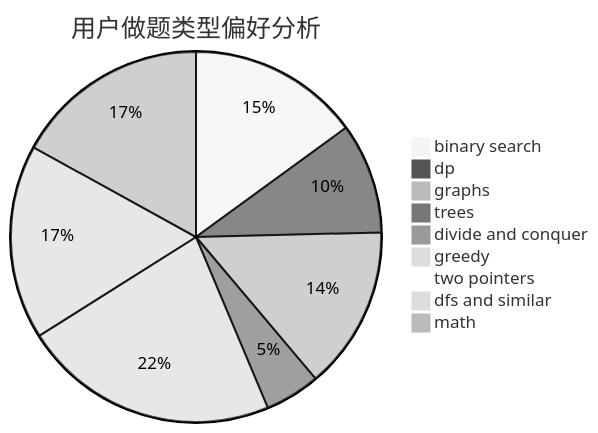
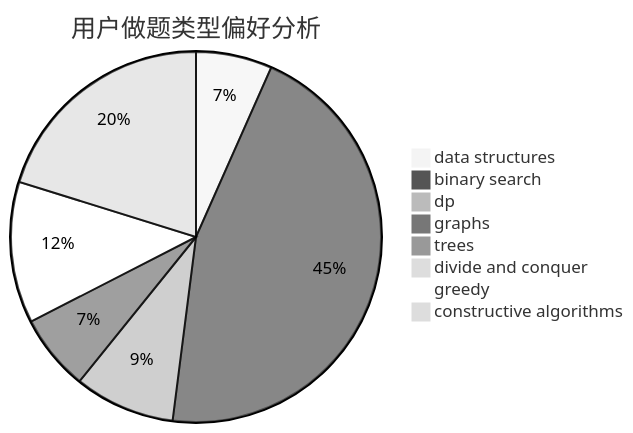
One commit to sherpahu/cfrs.github.io changed the second of 3 diagrams in docs/user/u2660.md. Above: the diagram before and after it, drawn with Mermaid (neutral theme). The commit also changed other lines of this file and 2775 other files, not shown here.

````diff
--- a/docs/user/u2660.md
+++ b/docs/user/u2660.md
@@ -23,12 +23,11 @@
 ```mermaid
 pie title 用户做题类型偏好分析
-    "binary search" :  202
-    "dp" :  130
-    "graphs" :  192
-    "trees" :  65
-    "divide and conquer" :  8
-    "greedy" :  302
-    "two pointers" :  2
-    "dfs and similar" :  229
-    "math" :  229
+    "data structures" :  28
+    "binary search" :  191
+    "dp" :  37
+    "graphs" :  28
+    "trees" :  4
+    "divide and conquer" :  0
+    "greedy" :  52
+    "constructive algorithms" :  85
 ```
````
